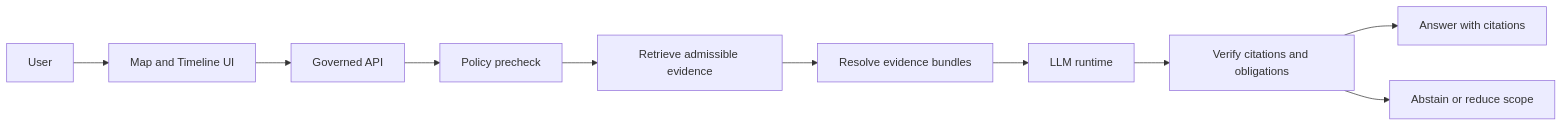
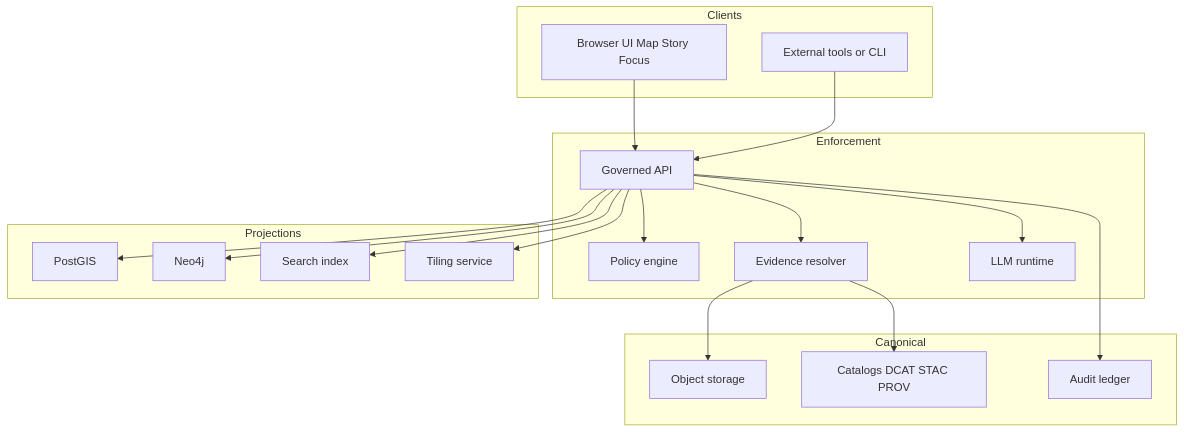
Before and after one commit to bartytime4life/Kansas-Frontier-Matrix: the first of 3 diagrams in docs/ai/README.md, drawn with Mermaid. The commit also changed other lines of this file, not shown here.

````diff
--- a/docs/ai/README.md
+++ b/docs/ai/README.md
@@ -63,12 +88,43 @@
 ```mermaid
-flowchart LR
-  U[User] --> UI[Map and Timeline UI]
-  UI --> API[Governed API]
-  API --> POL[Policy precheck]
-  POL --> RET[Retrieve admissible evidence]
-  RET --> BND[Resolve evidence bundles]
-  BND --> LLM[LLM runtime]
-  LLM --> VER[Verify citations and obligations]
-  VER --> OUT[Answer with citations]
-  VER --> ABSTAIN[Abstain or reduce scope]
+flowchart TB
+  subgraph Clients
+    UI[Browser UI Map Story Focus]
+    EXT[External tools or CLI]
+  end
+
+  subgraph Enforcement
+    API[Governed API]
+    POL[Policy engine]
+    EV[Evidence resolver]
+    LLM[LLM runtime]
+  end
+
+  subgraph Canonical
+    OBJ[Object storage]
+    CAT[Catalogs DCAT STAC PROV]
+    AUD[Audit ledger]
+  end
+
+  subgraph Projections
+    DB[PostGIS]
+    GR[Neo4j]
+    SRCH[Search index]
+    TL[Tiling service]
+  end
+
+  UI --> API
+  EXT --> API
+
+  API --> POL
+  API --> EV
+  EV --> CAT
+  EV --> OBJ
+
+  API --> DB
+  API --> GR
+  API --> SRCH
+  API --> TL
+
+  API --> LLM
+  API --> AUD
 ```
````
